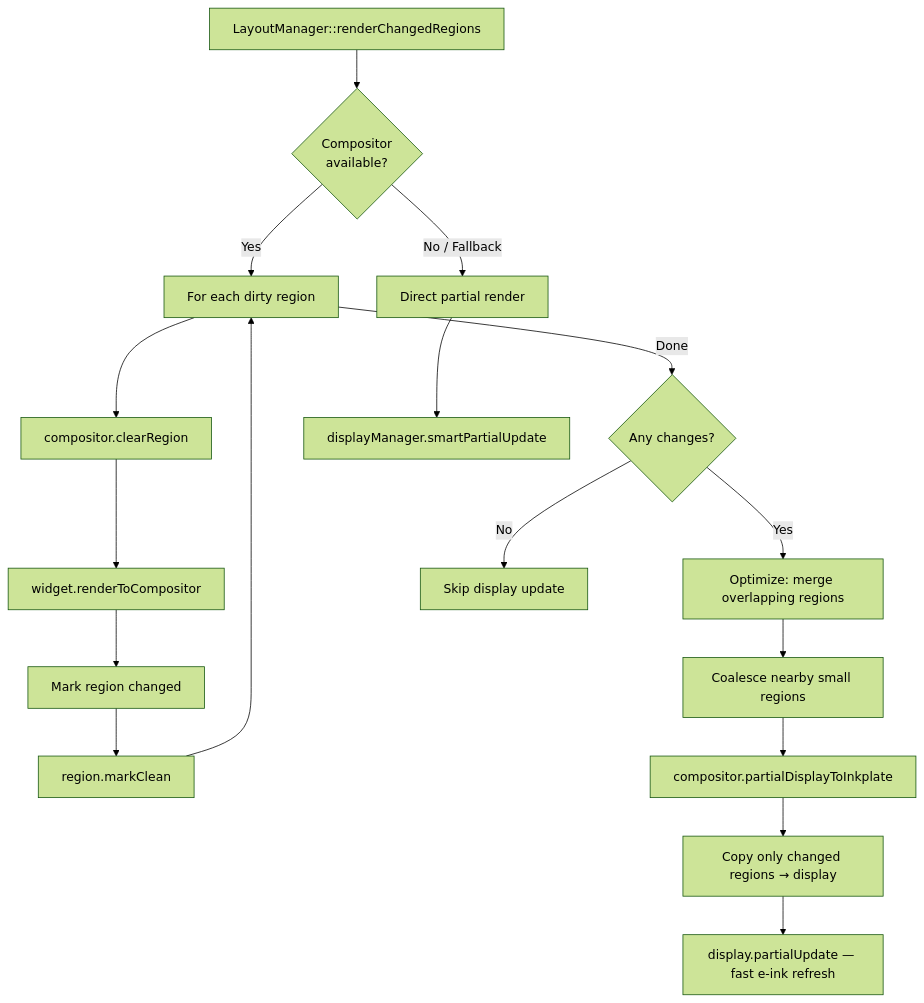
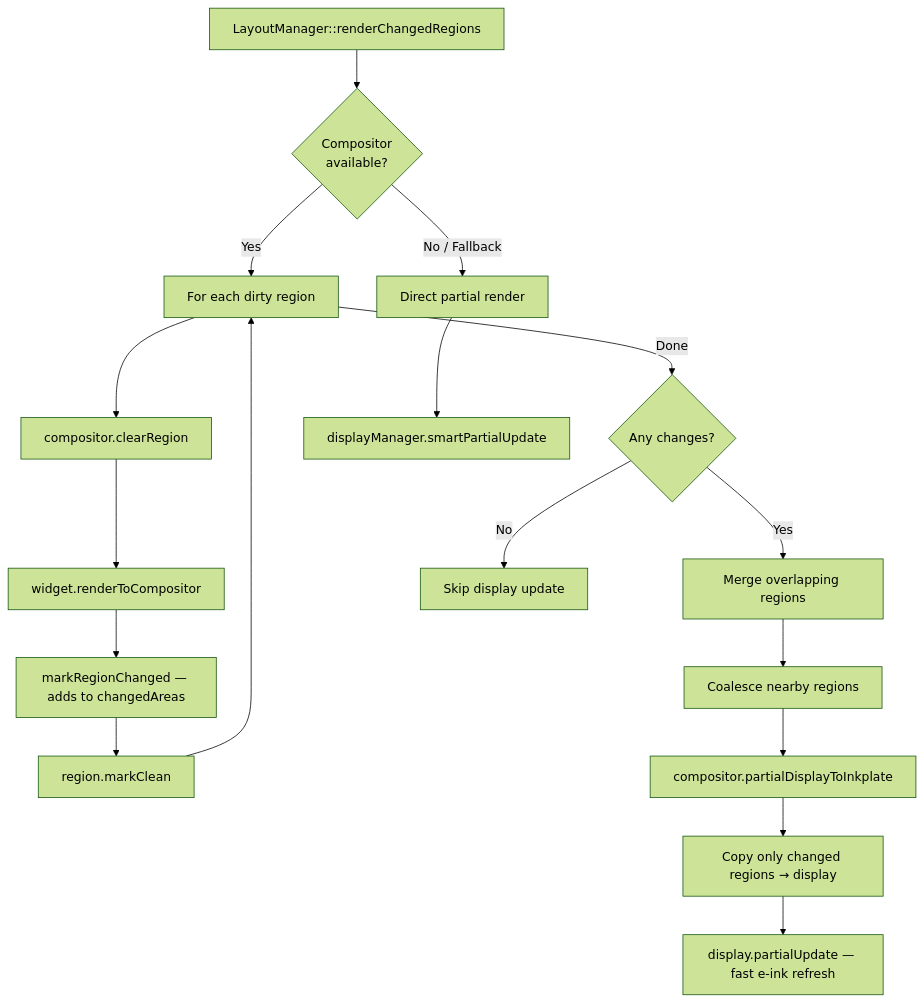
One commit to Sunhick/Inkflow changed the fourth of 6 diagrams in docs/compositor.md. Above: the diagram before and after it, drawn with Mermaid (forest theme). The commit also changed other lines of this file, not shown here.

First line of the commit message:
docs: Update compositor.md for region-level dirty tracking

````diff
--- a/docs/compositor.md
+++ b/docs/compositor.md
@@ -102,20 +102,20 @@
 ```mermaid
 flowchart TD
     A[LayoutManager::renderChangedRegions] --> B{Compositor<br/>available?}
     B -->|Yes| C[For each dirty region]
     C --> D[compositor.clearRegion]
     D --> E[widget.renderToCompositor]
-    E --> F[Mark region changed]
+    E --> F[markRegionChanged — adds to changedAreas]
     F --> G[region.markClean]
     G --> C
     C -->|Done| H{Any changes?}
-    H -->|Yes| I[Optimize: merge overlapping regions]
-    I --> J[Coalesce nearby small regions]
+    H -->|Yes| I[Merge overlapping regions]
+    I --> J[Coalesce nearby regions]
     J --> K[compositor.partialDisplayToInkplate]
     K --> L[Copy only changed regions → display]
     L --> M[display.partialUpdate — fast e-ink refresh]
     H -->|No| N[Skip display update]
 
     B -->|No / Fallback| O[Direct partial render]
     O --> P[displayManager.smartPartialUpdate]
 ```
````
